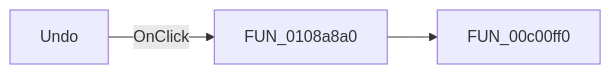
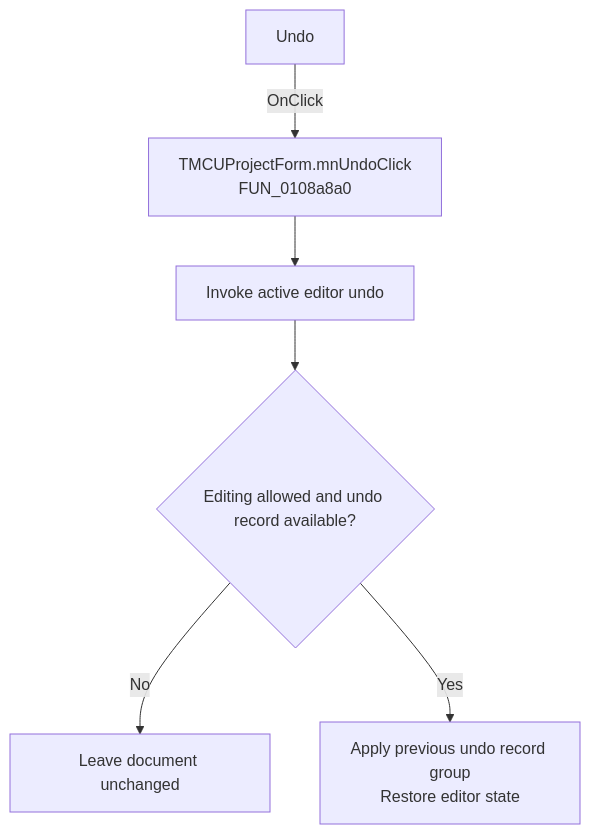
Before and after one commit to MovGP0/TIARA: the diagram in docs/ui-controls/mcuprojectform/mnundo-45ecc16180.md, drawn with Mermaid. The commit also changed other lines of this file and 1062 other files, not shown here.

````diff
--- a/docs/ui-controls/mcuprojectform/mnundo-45ecc16180.md
+++ b/docs/ui-controls/mcuprojectform/mnundo-45ecc16180.md
@@ -27,5 +27,8 @@
 ```mermaid
-flowchart LR
-    control["Undo"] -->|OnClick| handler["FUN_0108a8a0"]
-    handler --> call1["FUN_00c00ff0"]
+flowchart TD
+    control["Undo"] -->|OnClick| handler["TMCUProjectForm.mnUndoClick<br/>FUN_0108a8a0"]
+    handler --> editor["Invoke active editor undo"]
+    editor --> allowed{"Editing allowed and undo record available?"}
+    allowed -->|No| noOp["Leave document unchanged"]
+    allowed -->|Yes| undo["Apply previous undo record group<br/>Restore editor state"]
 ```
````
